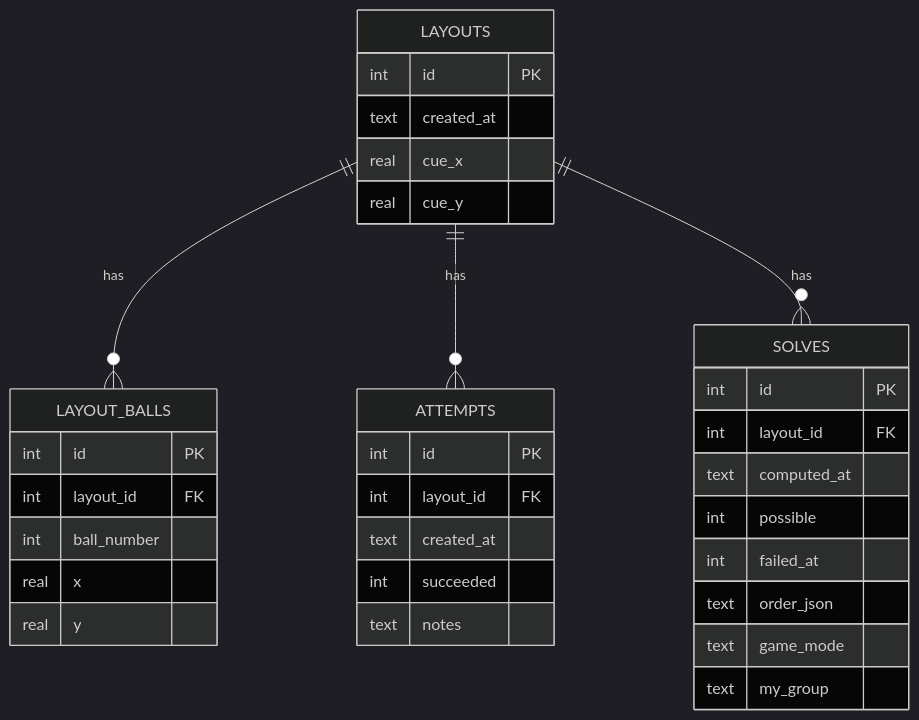
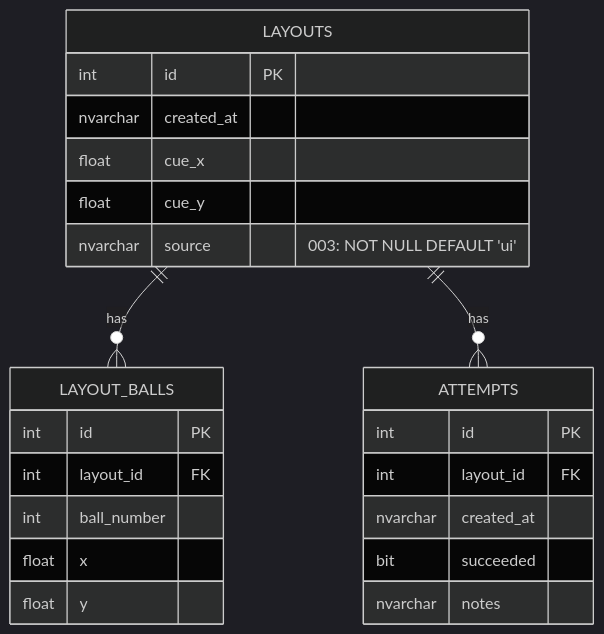
One commit to Lauragr9/pool-runout-planner changed the third of 5 diagrams in docs/diagrams.md. Above: the diagram before and after it, drawn with Mermaid (dark theme). The commit also changed other lines of this file, not shown here.

First line of the commit message:
Rewrite docs/diagrams.md for the split system and deployment

````diff
--- a/docs/diagrams.md
+++ b/docs/diagrams.md
@@ -38,37 +63,27 @@
 ```mermaid
 erDiagram
     LAYOUTS ||--o{ LAYOUT_BALLS : has
     LAYOUTS ||--o{ ATTEMPTS : has
-    LAYOUTS ||--o{ SOLVES : has
 
     LAYOUTS {
         int id PK
-        text created_at
-        real cue_x
-        real cue_y
+        nvarchar created_at
+        float cue_x
+        float cue_y
+        nvarchar source "003: NOT NULL DEFAULT 'ui'"
     }
     LAYOUT_BALLS {
         int id PK
         int layout_id FK
         int ball_number
-        real x
-        real y
+        float x
+        float y
     }
     ATTEMPTS {
         int id PK
         int layout_id FK
-        text created_at
-        int succeeded
-        text notes
-    }
-    SOLVES {
-        int id PK
-        int layout_id FK
-        text computed_at
-        int possible
-        int failed_at
-        text order_json
-        text game_mode
-        text my_group
+        nvarchar created_at
+        bit succeeded
+        nvarchar notes
     }
 ```
````
